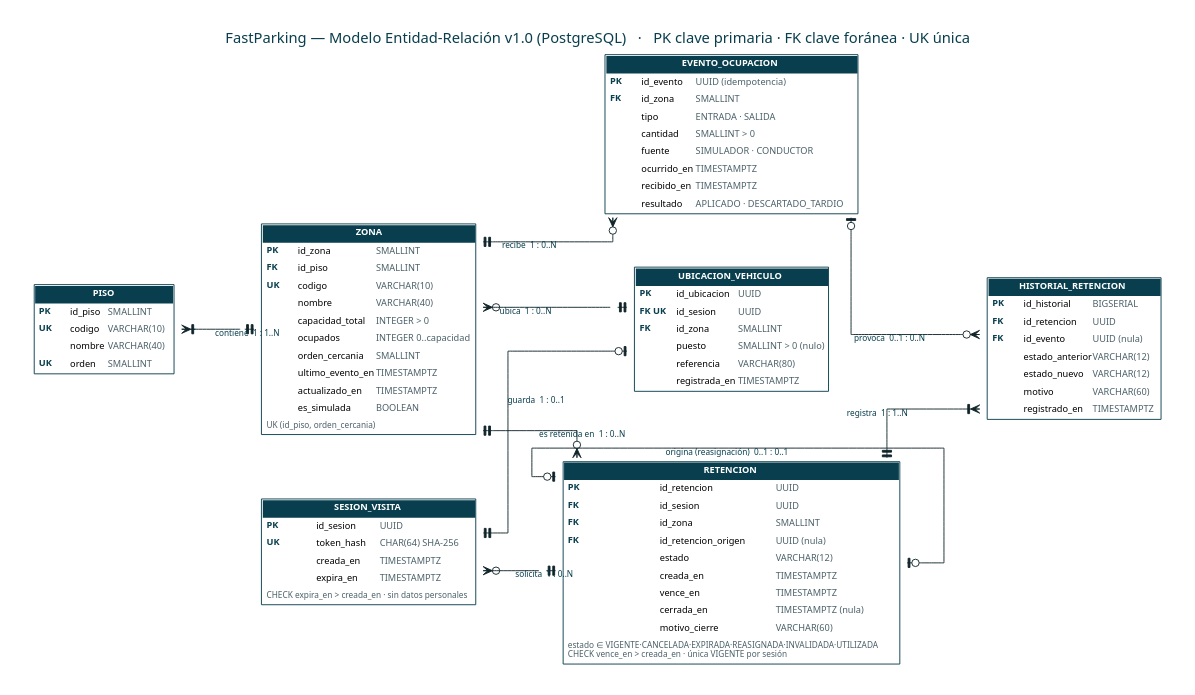
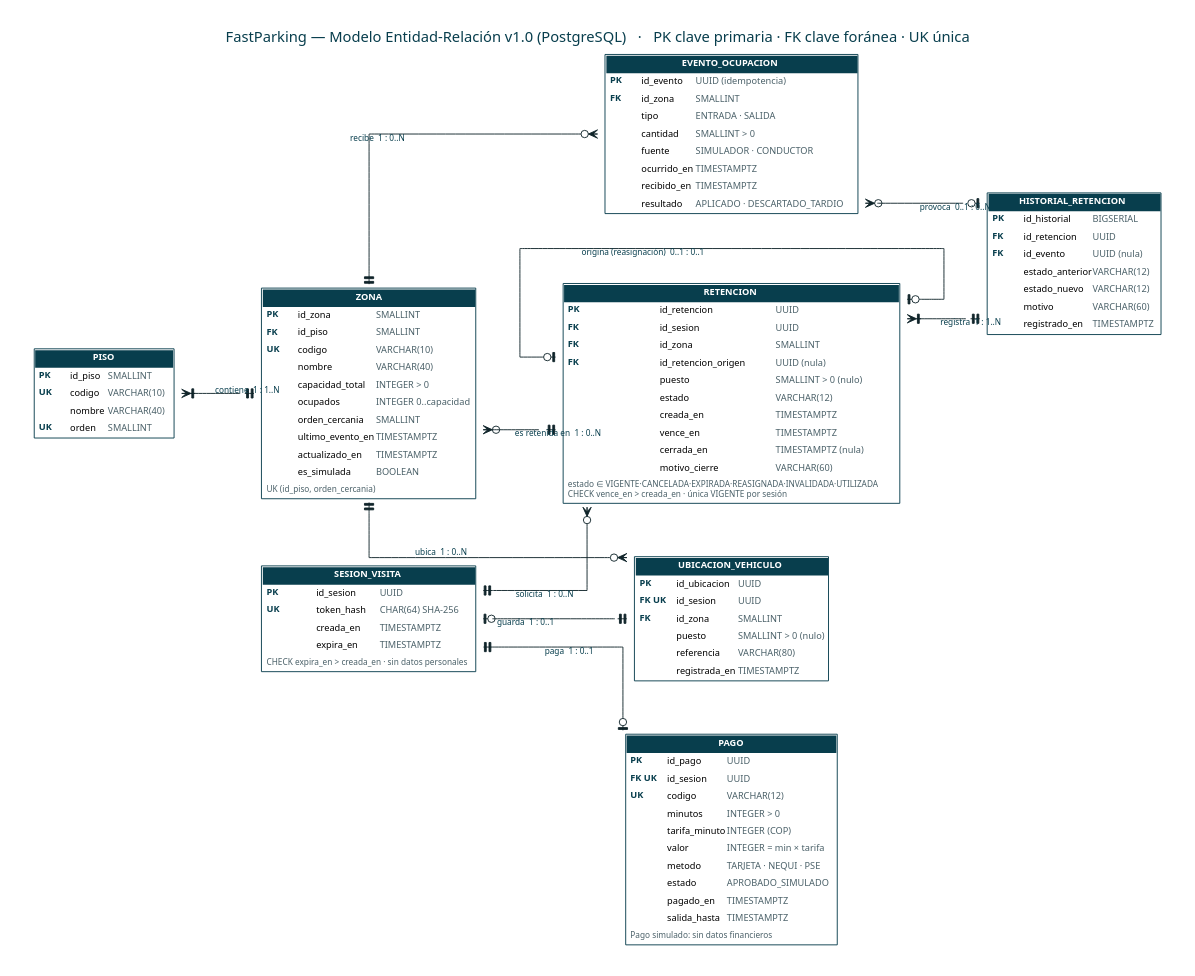
Before and after one commit to N4SL7/fastparking: the diagram in docs/diagramas/fuentes/mer.dot, drawn with Graphviz. The commit also changed 18 other files, not shown here.

First line of the commit message:
docs: requerimientos, MER (PAGO), C4 y trazabilidad actualizados con pago simulado y mapa interactivo

```diff
--- a/docs/diagramas/fuentes/mer.dot
+++ b/docs/diagramas/fuentes/mer.dot
@@ -6,10 +6,12 @@
 piso [label=<<TABLE BORDER="1" COLOR="#083E4D" CELLBORDER="0" CELLSPACING="0" CELLPADDING="4"><TR><TD COLSPAN="3" BGCOLOR="#083E4D"><FONT COLOR="white"><B>PISO</B></FONT></TD></TR><TR><TD ALIGN="LEFT" WIDTH="34"><FONT COLOR="#083E4D"><B>PK</B></FONT></TD><TD ALIGN="LEFT">id_piso</TD><TD ALIGN="LEFT"><FONT COLOR="#4b6169">SMALLINT</FONT></TD></TR><TR><TD ALIGN="LEFT" WIDTH="34"><FONT COLOR="#083E4D"><B>UK</B></FONT></TD><TD ALIGN="LEFT">codigo</TD><TD ALIGN="LEFT"><FONT COLOR="#4b6169">VARCHAR(10)</FONT></TD></TR><TR><TD WIDTH="34"> </TD><TD ALIGN="LEFT">nombre</TD><TD ALIGN="LEFT"><FONT COLOR="#4b6169">VARCHAR(40)</FONT></TD></TR><TR><TD ALIGN="LEFT" WIDTH="34"><FONT COLOR="#083E4D"><B>UK</B></FONT></TD><TD ALIGN="LEFT">orden</TD><TD ALIGN="LEFT"><FONT COLOR="#4b6169">SMALLINT</FONT></TD></TR></TABLE>>];
 zona [label=<<TABLE BORDER="1" COLOR="#083E4D" CELLBORDER="0" CELLSPACING="0" CELLPADDING="4"><TR><TD COLSPAN="3" BGCOLOR="#083E4D"><FONT COLOR="white"><B>ZONA</B></FONT></TD></TR><TR><TD ALIGN="LEFT" WIDTH="34"><FONT COLOR="#083E4D"><B>PK</B></FONT></TD><TD ALIGN="LEFT">id_zona</TD><TD ALIGN="LEFT"><FONT COLOR="#4b6169">SMALLINT</FONT></TD></TR><TR><TD ALIGN="LEFT" WIDTH="34"><FONT COLOR="#083E4D"><B>FK</B></FONT></TD><TD ALIGN="LEFT">id_piso</TD><TD ALIGN="LEFT"><FONT COLOR="#4b6169">SMALLINT</FONT></TD></TR><TR><TD ALIGN="LEFT" WIDTH="34"><FONT COLOR="#083E4D"><B>UK</B></FONT></TD><TD ALIGN="LEFT">codigo</TD><TD ALIGN="LEFT"><FONT COLOR="#4b6169">VARCHAR(10)</FONT></TD></TR><TR><TD WIDTH="34"> </TD><TD ALIGN="LEFT">nombre</TD><TD ALIGN="LEFT"><FONT COLOR="#4b6169">VARCHAR(40)</FONT></TD></TR><TR><TD WIDTH="34"> </TD><TD ALIGN="LEFT">capacidad_total</TD><TD ALIGN="LEFT"><FONT COLOR="#4b6169">INTEGER &gt; 0</FONT></TD></TR><TR><TD WIDTH="34"> </TD><TD ALIGN="LEFT">ocupados</TD><TD ALIGN="LEFT"><FONT COLOR="#4b6169">INTEGER 0..capacidad</FONT></TD></TR><TR><TD WIDTH="34"> </TD><TD ALIGN="LEFT">orden_cercania</TD><TD ALIGN="LEFT"><FONT COLOR="#4b6169">SMALLINT</FONT></TD></TR><TR><TD WIDTH="34"> </TD><TD ALIGN="LEFT">ultimo_evento_en</TD><TD ALIGN="LEFT"><FONT COLOR="#4b6169">TIMESTAMPTZ</FONT></TD></TR><TR><TD WIDTH="34"> </TD><TD ALIGN="LEFT">actualizado_en</TD><TD ALIGN="LEFT"><FONT COLOR="#4b6169">TIMESTAMPTZ</FONT></TD></TR><TR><TD WIDTH="34"> </TD><TD ALIGN="LEFT">es_simulada</TD><TD ALIGN="LEFT"><FONT COLOR="#4b6169">BOOLEAN</FONT></TD></TR><TR><TD COLSPAN="3" ALIGN="LEFT"><FONT POINT-SIZE="9" COLOR="#4b6169">UK (id_piso, orden_cercania)</FONT></TD></TR></TABLE>>];
 sesion_visita [label=<<TABLE BORDER="1" COLOR="#083E4D" CELLBORDER="0" CELLSPACING="0" CELLPADDING="4"><TR><TD COLSPAN="3" BGCOLOR="#083E4D"><FONT COLOR="white"><B>SESION_VISITA</B></FONT></TD></TR><TR><TD ALIGN="LEFT" WIDTH="34"><FONT COLOR="#083E4D"><B>PK</B></FONT></TD><TD ALIGN="LEFT">id_sesion</TD><TD ALIGN="LEFT"><FONT COLOR="#4b6169">UUID</FONT></TD></TR><TR><TD ALIGN="LEFT" WIDTH="34"><FONT COLOR="#083E4D"><B>UK</B></FONT></TD><TD ALIGN="LEFT">token_hash</TD><TD ALIGN="LEFT"><FONT COLOR="#4b6169">CHAR(64) SHA-256</FONT></TD></TR><TR><TD WIDTH="34"> </TD><TD ALIGN="LEFT">creada_en</TD><TD ALIGN="LEFT"><FONT COLOR="#4b6169">TIMESTAMPTZ</FONT></TD></TR><TR><TD WIDTH="34"> </TD><TD ALIGN="LEFT">expira_en</TD><TD ALIGN="LEFT"><FONT COLOR="#4b6169">TIMESTAMPTZ</FONT></TD></TR><TR><TD COLSPAN="3" ALIGN="LEFT"><FONT POINT-SIZE="9" COLOR="#4b6169">CHECK expira_en &gt; creada_en · sin datos personales</FONT></TD></TR></TABLE>>];
-retencion [label=<<TABLE BORDER="1" COLOR="#083E4D" CELLBORDER="0" CELLSPACING="0" CELLPADDING="4"><TR><TD COLSPAN="3" BGCOLOR="#083E4D"><FONT COLOR="white"><B>RETENCION</B></FONT></TD></TR><TR><TD ALIGN="LEFT" WIDTH="34"><FONT COLOR="#083E4D"><B>PK</B></FONT></TD><TD ALIGN="LEFT">id_retencion</TD><TD ALIGN="LEFT"><FONT COLOR="#4b6169">UUID</FONT></TD></TR><TR><TD ALIGN="LEFT" WIDTH="34"><FONT COLOR="#083E4D"><B>FK</B></FONT></TD><TD ALIGN="LEFT">id_sesion</TD><TD ALIGN="LEFT"><FONT COLOR="#4b6169">UUID</FONT></TD></TR><TR><TD ALIGN="LEFT" WIDTH="34"><FONT COLOR="#083E4D"><B>FK</B></FONT></TD><TD ALIGN="LEFT">id_zona</TD><TD ALIGN="LEFT"><FONT COLOR="#4b6169">SMALLINT</FONT></TD></TR><TR><TD ALIGN="LEFT" WIDTH="34"><FONT COLOR="#083E4D"><B>FK</B></FONT></TD><TD ALIGN="LEFT">id_retencion_origen</TD><TD ALIGN="LEFT"><FONT COLOR="#4b6169">UUID (nula)</FONT></TD></TR><TR><TD WIDTH="34"> </TD><TD ALIGN="LEFT">estado</TD><TD ALIGN="LEFT"><FONT COLOR="#4b6169">VARCHAR(12)</FONT></TD></TR><TR><TD WIDTH="34"> </TD><TD ALIGN="LEFT">creada_en</TD><TD ALIGN="LEFT"><FONT COLOR="#4b6169">TIMESTAMPTZ</FONT></TD></TR><TR><TD WIDTH="34"> </TD><TD ALIGN="LEFT">vence_en</TD><TD ALIGN="LEFT"><FONT COLOR="#4b6169">TIMESTAMPTZ</FONT></TD></TR><TR><TD WIDTH="34"> </TD><TD ALIGN="LEFT">cerrada_en</TD><TD ALIGN="LEFT"><FONT COLOR="#4b6169">TIMESTAMPTZ (nula)</FONT></TD></TR><TR><TD WIDTH="34"> </TD><TD ALIGN="LEFT">motivo_cierre</TD><TD ALIGN="LEFT"><FONT COLOR="#4b6169">VARCHAR(60)</FONT></TD></TR><TR><TD COLSPAN="3" ALIGN="LEFT"><FONT POINT-SIZE="9" COLOR="#4b6169">estado ∈ VIGENTE·CANCELADA·EXPIRADA·REASIGNADA·INVALIDADA·UTILIZADA<BR ALIGN="LEFT"/>CHECK vence_en &gt; creada_en · única VIGENTE por sesión<BR ALIGN="LEFT"/></FONT></TD></TR></TABLE>>];
+retencion [label=<<TABLE BORDER="1" COLOR="#083E4D" CELLBORDER="0" CELLSPACING="0" CELLPADDING="4"><TR><TD COLSPAN="3" BGCOLOR="#083E4D"><FONT COLOR="white"><B>RETENCION</B></FONT></TD></TR><TR><TD ALIGN="LEFT" WIDTH="34"><FONT COLOR="#083E4D"><B>PK</B></FONT></TD><TD ALIGN="LEFT">id_retencion</TD><TD ALIGN="LEFT"><FONT COLOR="#4b6169">UUID</FONT></TD></TR><TR><TD ALIGN="LEFT" WIDTH="34"><FONT COLOR="#083E4D"><B>FK</B></FONT></TD><TD ALIGN="LEFT">id_sesion</TD><TD ALIGN="LEFT"><FONT COLOR="#4b6169">UUID</FONT></TD></TR><TR><TD ALIGN="LEFT" WIDTH="34"><FONT COLOR="#083E4D"><B>FK</B></FONT></TD><TD ALIGN="LEFT">id_zona</TD><TD ALIGN="LEFT"><FONT COLOR="#4b6169">SMALLINT</FONT></TD></TR><TR><TD ALIGN="LEFT" WIDTH="34"><FONT COLOR="#083E4D"><B>FK</B></FONT></TD><TD ALIGN="LEFT">id_retencion_origen</TD><TD ALIGN="LEFT"><FONT COLOR="#4b6169">UUID (nula)</FONT></TD></TR><TR><TD WIDTH="34"> </TD><TD ALIGN="LEFT">puesto</TD><TD ALIGN="LEFT"><FONT COLOR="#4b6169">SMALLINT &gt; 0 (nulo)</FONT></TD></TR><TR><TD WIDTH="34"> </TD><TD ALIGN="LEFT">estado</TD><TD ALIGN="LEFT"><FONT COLOR="#4b6169">VARCHAR(12)</FONT></TD></TR><TR><TD WIDTH="34"> </TD><TD ALIGN="LEFT">creada_en</TD><TD ALIGN="LEFT"><FONT COLOR="#4b6169">TIMESTAMPTZ</FONT></TD></TR><TR><TD WIDTH="34"> </TD><TD ALIGN="LEFT">vence_en</TD><TD ALIGN="LEFT"><FONT COLOR="#4b6169">TIMESTAMPTZ</FONT></TD></TR><TR><TD WIDTH="34"> </TD><TD ALIGN="LEFT">cerrada_en</TD><TD ALIGN="LEFT"><FONT COLOR="#4b6169">TIMESTAMPTZ (nula)</FONT></TD></TR><TR><TD WIDTH="34"> </TD><TD ALIGN="LEFT">motivo_cierre</TD><TD ALIGN="LEFT"><FONT COLOR="#4b6169">VARCHAR(60)</FONT></TD></TR><TR><TD COLSPAN="3" ALIGN="LEFT"><FONT POINT-SIZE="9" COLOR="#4b6169">estado ∈ VIGENTE·CANCELADA·EXPIRADA·REASIGNADA·INVALIDADA·UTILIZADA<BR ALIGN="LEFT"/>CHECK vence_en &gt; creada_en · única VIGENTE por sesión<BR ALIGN="LEFT"/></FONT></TD></TR></TABLE>>];
 historial_retencion [label=<<TABLE BORDER="1" COLOR="#083E4D" CELLBORDER="0" CELLSPACING="0" CELLPADDING="4"><TR><TD COLSPAN="3" BGCOLOR="#083E4D"><FONT COLOR="white"><B>HISTORIAL_RETENCION</B></FONT></TD></TR><TR><TD ALIGN="LEFT" WIDTH="34"><FONT COLOR="#083E4D"><B>PK</B></FONT></TD><TD ALIGN="LEFT">id_historial</TD><TD ALIGN="LEFT"><FONT COLOR="#4b6169">BIGSERIAL</FONT></TD></TR><TR><TD ALIGN="LEFT" WIDTH="34"><FONT COLOR="#083E4D"><B>FK</B></FONT></TD><TD ALIGN="LEFT">id_retencion</TD><TD ALIGN="LEFT"><FONT COLOR="#4b6169">UUID</FONT></TD></TR><TR><TD ALIGN="LEFT" WIDTH="34"><FONT COLOR="#083E4D"><B>FK</B></FONT></TD><TD ALIGN="LEFT">id_evento</TD><TD ALIGN="LEFT"><FONT COLOR="#4b6169">UUID (nula)</FONT></TD></TR><TR><TD WIDTH="34"> </TD><TD ALIGN="LEFT">estado_anterior</TD><TD ALIGN="LEFT"><FONT COLOR="#4b6169">VARCHAR(12)</FONT></TD></TR><TR><TD WIDTH="34"> </TD><TD ALIGN="LEFT">estado_nuevo</TD><TD ALIGN="LEFT"><FONT COLOR="#4b6169">VARCHAR(12)</FONT></TD></TR><TR><TD WIDTH="34"> </TD><TD ALIGN="LEFT">motivo</TD><TD ALIGN="LEFT"><FONT COLOR="#4b6169">VARCHAR(60)</FONT></TD></TR><TR><TD WIDTH="34"> </TD><TD ALIGN="LEFT">registrado_en</TD><TD ALIGN="LEFT"><FONT COLOR="#4b6169">TIMESTAMPTZ</FONT></TD></TR></TABLE>>];
 evento_ocupacion [label=<<TABLE BORDER="1" COLOR="#083E4D" CELLBORDER="0" CELLSPACING="0" CELLPADDING="4"><TR><TD COLSPAN="3" BGCOLOR="#083E4D"><FONT COLOR="white"><B>EVENTO_OCUPACION</B></FONT></TD></TR><TR><TD ALIGN="LEFT" WIDTH="34"><FONT COLOR="#083E4D"><B>PK</B></FONT></TD><TD ALIGN="LEFT">id_evento</TD><TD ALIGN="LEFT"><FONT COLOR="#4b6169">UUID (idempotencia)</FONT></TD></TR><TR><TD ALIGN="LEFT" WIDTH="34"><FONT COLOR="#083E4D"><B>FK</B></FONT></TD><TD ALIGN="LEFT">id_zona</TD><TD ALIGN="LEFT"><FONT COLOR="#4b6169">SMALLINT</FONT></TD></TR><TR><TD WIDTH="34"> </TD><TD ALIGN="LEFT">tipo</TD><TD ALIGN="LEFT"><FONT COLOR="#4b6169">ENTRADA · SALIDA</FONT></TD></TR><TR><TD WIDTH="34"> </TD><TD ALIGN="LEFT">cantidad</TD><TD ALIGN="LEFT"><FONT COLOR="#4b6169">SMALLINT &gt; 0</FONT></TD></TR><TR><TD WIDTH="34"> </TD><TD ALIGN="LEFT">fuente</TD><TD ALIGN="LEFT"><FONT COLOR="#4b6169">SIMULADOR · CONDUCTOR</FONT></TD></TR><TR><TD WIDTH="34"> </TD><TD ALIGN="LEFT">ocurrido_en</TD><TD ALIGN="LEFT"><FONT COLOR="#4b6169">TIMESTAMPTZ</FONT></TD></TR><TR><TD WIDTH="34"> </TD><TD ALIGN="LEFT">recibido_en</TD><TD ALIGN="LEFT"><FONT COLOR="#4b6169">TIMESTAMPTZ</FONT></TD></TR><TR><TD WIDTH="34"> </TD><TD ALIGN="LEFT">resultado</TD><TD ALIGN="LEFT"><FONT COLOR="#4b6169">APLICADO · DESCARTADO_TARDIO</FONT></TD></TR></TABLE>>];
 ubicacion_vehiculo [label=<<TABLE BORDER="1" COLOR="#083E4D" CELLBORDER="0" CELLSPACING="0" CELLPADDING="4"><TR><TD COLSPAN="3" BGCOLOR="#083E4D"><FONT COLOR="white"><B>UBICACION_VEHICULO</B></FONT></TD></TR><TR><TD ALIGN="LEFT" WIDTH="34"><FONT COLOR="#083E4D"><B>PK</B></FONT></TD><TD ALIGN="LEFT">id_ubicacion</TD><TD ALIGN="LEFT"><FONT COLOR="#4b6169">UUID</FONT></TD></TR><TR><TD ALIGN="LEFT" WIDTH="34"><FONT COLOR="#083E4D"><B>FK UK</B></FONT></TD><TD ALIGN="LEFT">id_sesion</TD><TD ALIGN="LEFT"><FONT COLOR="#4b6169">UUID</FONT></TD></TR><TR><TD ALIGN="LEFT" WIDTH="34"><FONT COLOR="#083E4D"><B>FK</B></FONT></TD><TD ALIGN="LEFT">id_zona</TD><TD ALIGN="LEFT"><FONT COLOR="#4b6169">SMALLINT</FONT></TD></TR><TR><TD WIDTH="34"> </TD><TD ALIGN="LEFT">puesto</TD><TD ALIGN="LEFT"><FONT COLOR="#4b6169">SMALLINT &gt; 0 (nulo)</FONT></TD></TR><TR><TD WIDTH="34"> </TD><TD ALIGN="LEFT">referencia</TD><TD ALIGN="LEFT"><FONT COLOR="#4b6169">VARCHAR(80)</FONT></TD></TR><TR><TD WIDTH="34"> </TD><TD ALIGN="LEFT">registrada_en</TD><TD ALIGN="LEFT"><FONT COLOR="#4b6169">TIMESTAMPTZ</FONT></TD></TR></TABLE>>];
+pago [label=<<TABLE BORDER="1" COLOR="#083E4D" CELLBORDER="0" CELLSPACING="0" CELLPADDING="4"><TR><TD COLSPAN="3" BGCOLOR="#083E4D"><FONT COLOR="white"><B>PAGO</B></FONT></TD></TR><TR><TD ALIGN="LEFT" WIDTH="34"><FONT COLOR="#083E4D"><B>PK</B></FONT></TD><TD ALIGN="LEFT">id_pago</TD><TD ALIGN="LEFT"><FONT COLOR="#4b6169">UUID</FONT></TD></TR><TR><TD ALIGN="LEFT" WIDTH="34"><FONT COLOR="#083E4D"><B>FK UK</B></FONT></TD><TD ALIGN="LEFT">id_sesion</TD><TD ALIGN="LEFT"><FONT COLOR="#4b6169">UUID</FONT></TD></TR><TR><TD ALIGN="LEFT" WIDTH="34"><FONT COLOR="#083E4D"><B>UK</B></FONT></TD><TD ALIGN="LEFT">codigo</TD><TD ALIGN="LEFT"><FONT COLOR="#4b6169">VARCHAR(12)</FONT></TD></TR><TR><TD WIDTH="34"> </TD><TD ALIGN="LEFT">minutos</TD><TD ALIGN="LEFT"><FONT COLOR="#4b6169">INTEGER &gt; 0</FONT></TD></TR><TR><TD WIDTH="34"> </TD><TD ALIGN="LEFT">tarifa_minuto</TD><TD ALIGN="LEFT"><FONT COLOR="#4b6169">INTEGER (COP)</FONT></TD></TR><TR><TD WIDTH="34"> </TD><TD ALIGN="LEFT">valor</TD><TD ALIGN="LEFT"><FONT COLOR="#4b6169">INTEGER = min × tarifa</FONT></TD></TR><TR><TD WIDTH="34"> </TD><TD ALIGN="LEFT">metodo</TD><TD ALIGN="LEFT"><FONT COLOR="#4b6169">TARJETA · NEQUI · PSE</FONT></TD></TR><TR><TD WIDTH="34"> </TD><TD ALIGN="LEFT">estado</TD><TD ALIGN="LEFT"><FONT COLOR="#4b6169">APROBADO_SIMULADO</FONT></TD></TR><TR><TD WIDTH="34"> </TD><TD ALIGN="LEFT">pagado_en</TD><TD ALIGN="LEFT"><FONT COLOR="#4b6169">TIMESTAMPTZ</FONT></TD></TR><TR><TD WIDTH="34"> </TD><TD ALIGN="LEFT">salida_hasta</TD><TD ALIGN="LEFT"><FONT COLOR="#4b6169">TIMESTAMPTZ</FONT></TD></TR><TR><TD COLSPAN="3" ALIGN="LEFT"><FONT POINT-SIZE="9" COLOR="#4b6169">Pago simulado: sin datos financieros</FONT></TD></TR></TABLE>>];
+sesion_visita -> pago [arrowtail=teetee, arrowhead=teeodot, xlabel="paga  1 : 0..1"];
 piso -> zona [arrowtail=teetee, arrowhead=crowtee, xlabel="contiene  1 : 1..N"];
 zona -> retencion [arrowtail=teetee, arrowhead=crowodot, xlabel="es retenida en  1 : 0..N"];
 sesion_visita -> retencion [arrowtail=teetee, arrowhead=crowodot, xlabel="solicita  1 : 0..N"];
```
